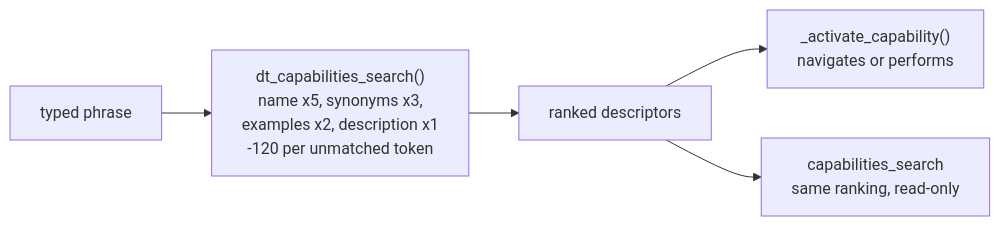
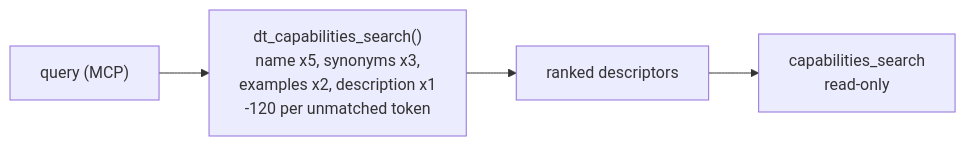
The eighth of 9 diagrams in dev-doc/Essentials_UI_Architecture.md (Issuenate/darktable), drawn with Mermaid before and after one commit. The commit also changed other lines of this file, not shown here.

````diff
--- a/dev-doc/Essentials_UI_Architecture.md
+++ b/dev-doc/Essentials_UI_Architecture.md
@@ -357,7 +397,6 @@
 ```mermaid
 flowchart LR
-    T["typed phrase"] --> S["dt_capabilities_search()<br/>name x5, synonyms x3,<br/>examples x2, description x1<br/>-120 per unmatched token"]
+    T["query (MCP)"] --> S["dt_capabilities_search()<br/>name x5, synonyms x3,<br/>examples x2, description x1<br/>-120 per unmatched token"]
     S --> R["ranked descriptors"]
-    R --> A["_activate_capability()<br/>navigates or performs"]
-    R --> MCPX["capabilities_search<br/>same ranking, read-only"]
+    R --> MCPX["capabilities_search<br/>read-only"]
 ```
````
